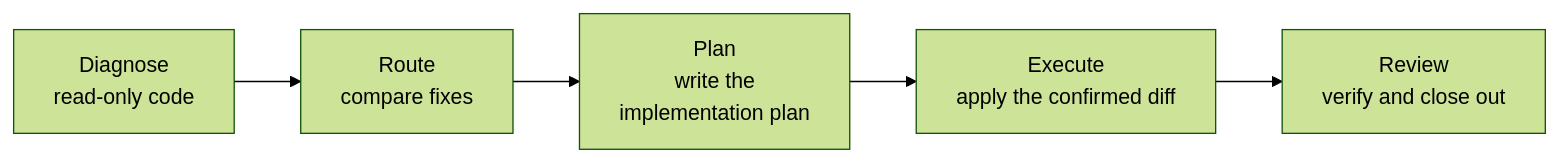
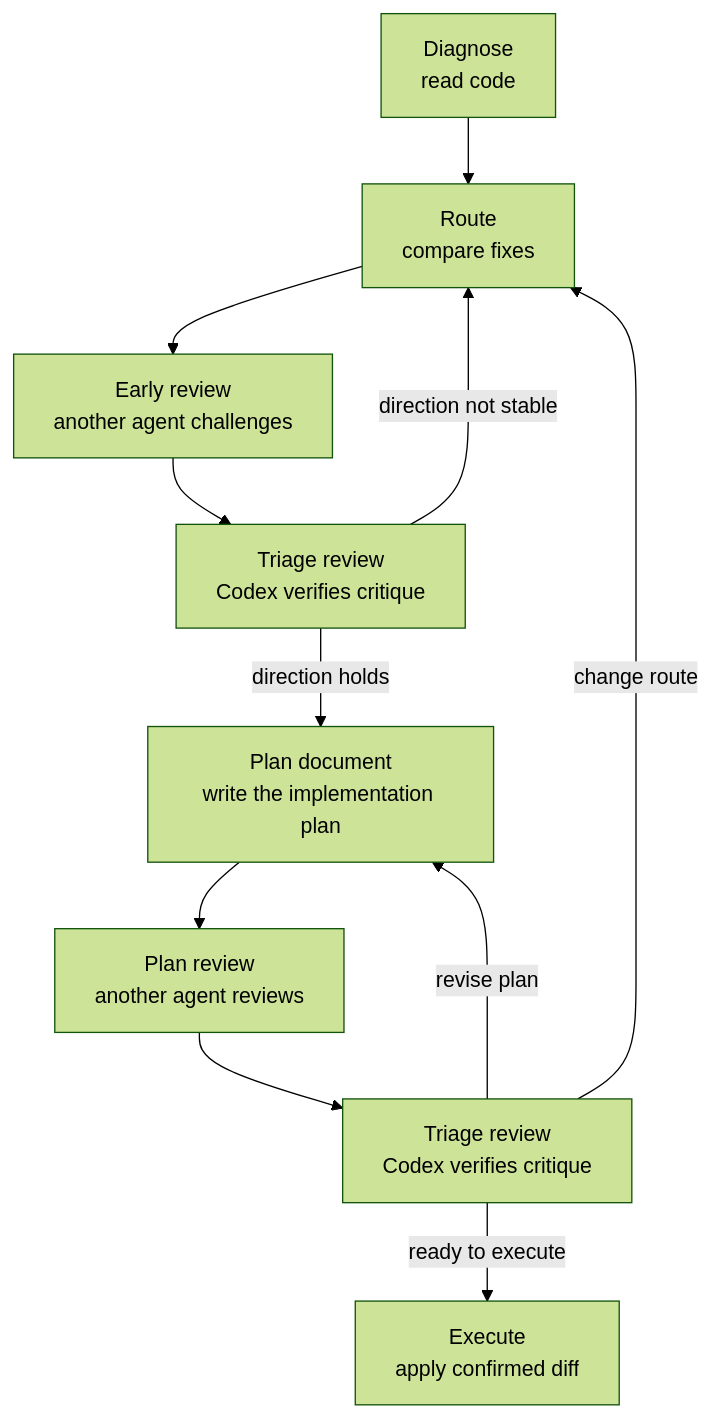
Before and after one commit to mafirs/evidence-first: the diagram in README.md, drawn with Mermaid (forest theme). The commit also changed other lines of this file and 16 other files, not shown here.

Commit message:
docs: align workflow review sequence

````diff
--- a/README.md
+++ b/README.md
@@ -51,7 +52,13 @@
 ```mermaid
-flowchart LR
-  A["Diagnose\nread-only code"] --> B["Route\ncompare fixes"]
-  B --> C["Plan\nwrite the\nimplementation plan"]
-  C --> D["Execute\napply the confirmed diff"]
-  D --> E["Review\nverify and close out"]
+flowchart TD
+  A["Diagnose\nread code"] --> B["Route\ncompare fixes"]
+  B --> C["Early review\nanother agent challenges"]
+  C --> D["Triage review\nCodex verifies critique"]
+  D -->|direction not stable| B
+  D -->|direction holds| E["Plan document\nwrite the implementation plan"]
+  E --> F["Plan review\nanother agent reviews"]
+  F --> G["Triage review\nCodex verifies critique"]
+  G -->|revise plan| E
+  G -->|change route| B
+  G -->|ready to execute| H["Execute\napply confirmed diff"]
 ```
````
